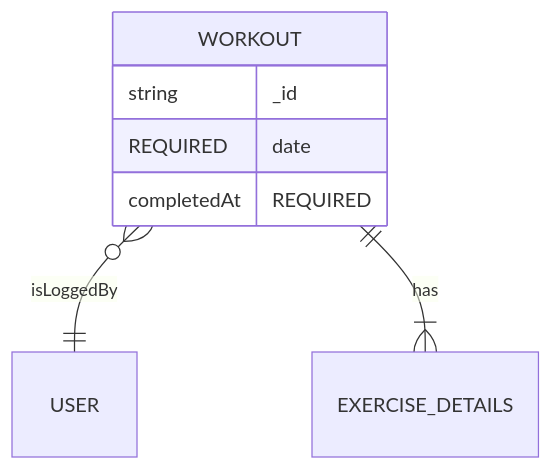
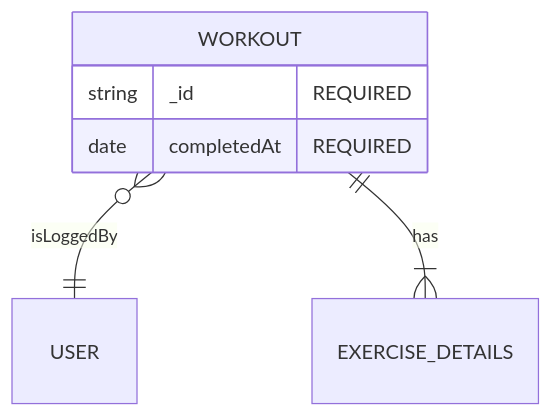
One commit to the-papabear/movemf changed the third of 4 diagrams in README.md. Above: the diagram before and after it, drawn with Mermaid. The commit also changed other lines of this file, not shown here.

````diff
--- a/README.md
+++ b/README.md
@@ -90,9 +90,9 @@
 ```mermaid
   erDiagram
     WORKOUT }o--|| USER : isLoggedBy
     WORKOUT {
-      string _id REQUIRED
-      date completedAt REQUIRED
+      string _id "REQUIRED"
+      date completedAt "REQUIRED"
     }
     WORKOUT ||--|{ EXERCISE_DETAILS : has
 ```
````
